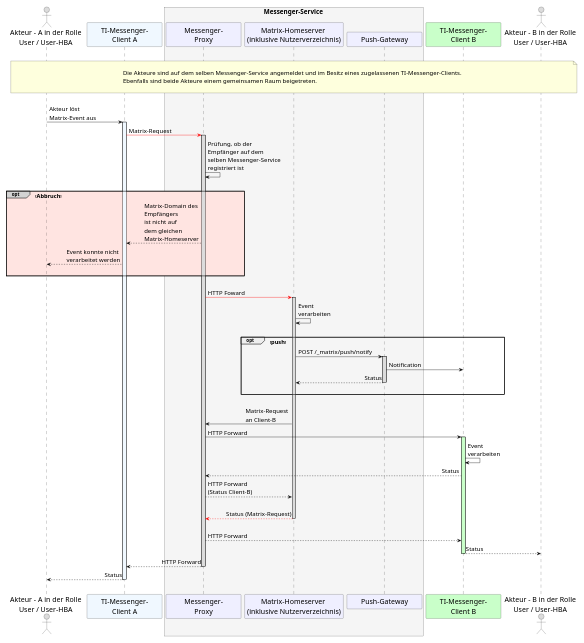
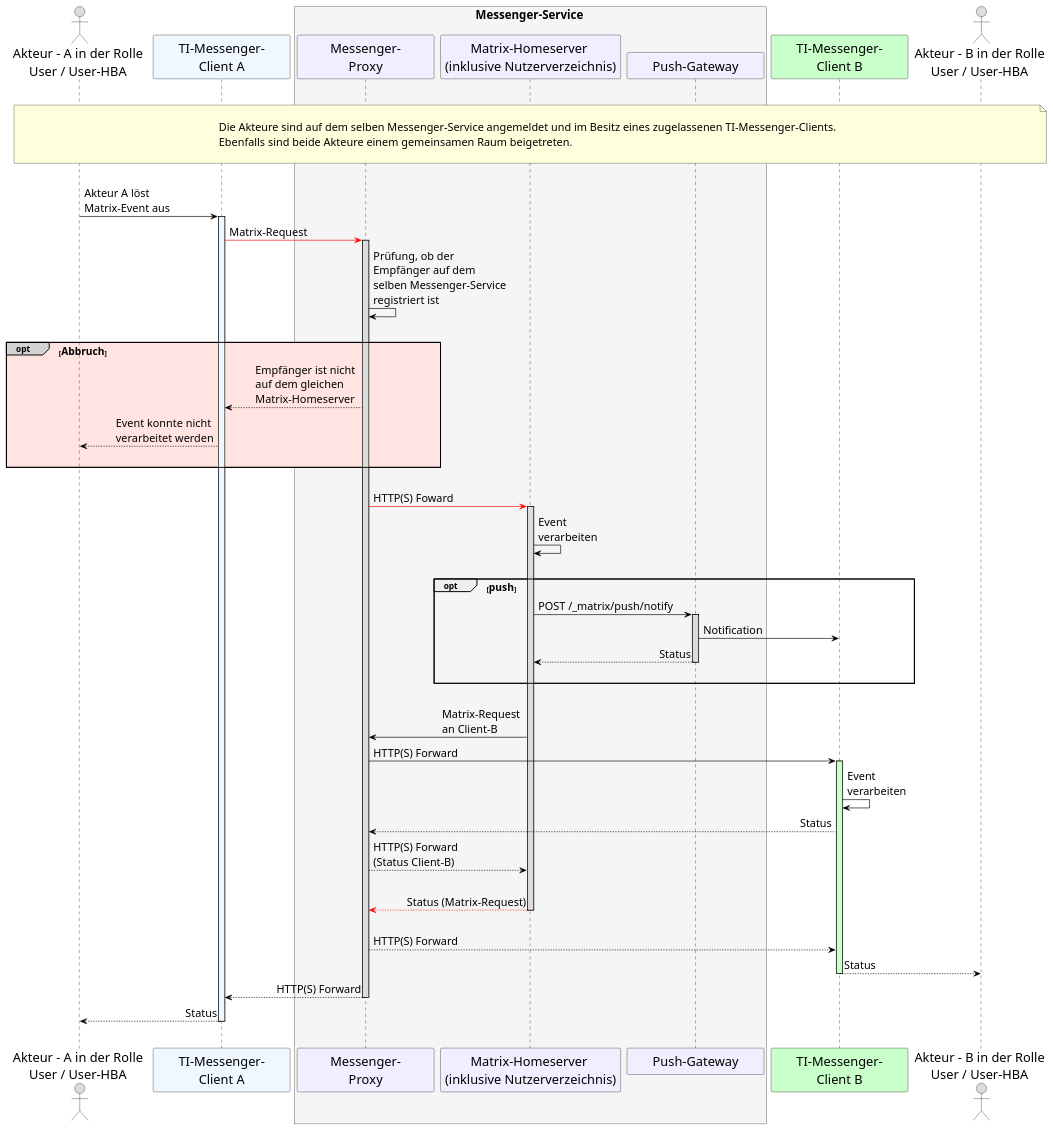
The diagram in src/plantuml/TI-Messenger-Dienst/Ressourcen/UC_10063_Seq.puml (gematik/api-ti-messenger), drawn with PlantUML before and after one commit.

```diff
--- a/src/plantuml/TI-Messenger-Dienst/Ressourcen/UC_10063_Seq.puml
+++ b/src/plantuml/TI-Messenger-Dienst/Ressourcen/UC_10063_Seq.puml
@@ -9,89 +9,89 @@
 @startuml
 skinparam sequenceMessageAlign direction
 skinparam minClassWidth 200
 skinparam BoxPadding 1
 skinparam sequenceReferenceHeaderBackgroundColor palegreen
-scale max 900 width
+scale max 2048 width
 
 skinparam sequence {
 ArrowColor black
 ArrowFontSize 17
 ActorBorderColor black
 LifeLineBorderColor black
 LifeLineBackgroundColor Gainsboro
 
 ParticipantBorderColor Motivation
 ParticipantBackgroundColor Motivation
 ParticipantFontName Impact
 ParticipantFontSize 20
 ParticipantFontColor black
 ParticipantBorderColor Black
 ParticipantBackgroundColor MOTIVATION
 
 ActorBackgroundColor Gainsboro
 ActorFontColor black
 ActorFontSize 20
 ActorFontName Aapex
 }
     actor U1 as "Akteur - A in der Rolle\nUser / User-HBA"
     participant C1 as "TI-Messenger-\nClient A" #AliceBlue
     box <size:18>Messenger-Service</size> #WhiteSmoke
       participant MP as "Messenger-\nProxy"
       participant MH as "Matrix-Homeserver \n(inklusive Nutzerverzeichnis)"
       participant PG as "Push-Gateway"
     end box
     participant C2 as "TI-Messenger-\nClient B" #TECHNOLOGY
     actor U2 as "Akteur - B in der Rolle\nUser / User-HBA"
     
 |||
 note over U1, U2: \n<size:17>Die Akteure sind auf dem selben Messenger-Service angemeldet und im Besitz eines zugelassenen TI-Messenger-Clients.</size>\n<size:17>Ebenfalls sind beide Akteure einem gemeinsamen Raum beigetreten.</size>\n
 |||
 
-    U1->C1: Akteur löst \nMatrix-Event aus
+    U1->C1: Akteur A löst \nMatrix-Event aus
       activate C1 #AliceBlue
     C1-[#red]>MP: Matrix-Request
       activate MP
     MP->MP: Prüfung, ob der \nEmpfänger auf dem \nselben Messenger-Service \nregistriert ist
     
     |||
     opt#LightGrey #MistyRose <size:16>Abbruch</size>
-      MP-->C1: Matrix-Domain des \nEmpfängers \nist nicht auf \ndem gleichen \nMatrix-Homeserver
+      MP-->C1: Empfänger ist nicht \nauf dem gleichen \nMatrix-Homeserver
       C1-->U1: Event konnte nicht \nverarbeitet werden
     |||
     end
     
     |||
-    MP-[#red]>MH: HTTP Foward
+    MP-[#red]>MH: HTTP(S) Foward
       activate MH
     MH->MH: Event \nverarbeiten
     
     |||
     opt <size:16>push</size>
     MH->PG: POST /_matrix/push/notify
       activate PG
     PG->C2: Notification
     PG-->MH: Status
       deactivate PG
     |||
     end
     
     |||
     MH->MP: Matrix-Request \nan Client-B
-    MP->C2: HTTP Forward
+    MP->C2: HTTP(S) Forward
       activate C2 #TECHNOLOGY
     C2->C2: Event \nverarbeiten
     C2-->MP: Status
-    MP-->MH: HTTP Forward \n(Status Client-B)
+    MP-->MH: HTTP(S) Forward \n(Status Client-B)
     |||
     MH-[#red]->MP: Status (Matrix-Request)
       deactivate MH
     |||
-    MP-->C2: HTTP Forward
+    MP-->C2: HTTP(S) Forward
     C2-->U2: Status
       deactivate C2
-    MP-->C1: HTTP Forward
+    MP-->C1: HTTP(S) Forward
       deactivate MP
     C1-->U1: Status
       deactivate C1
 |||
 @enduml
```
